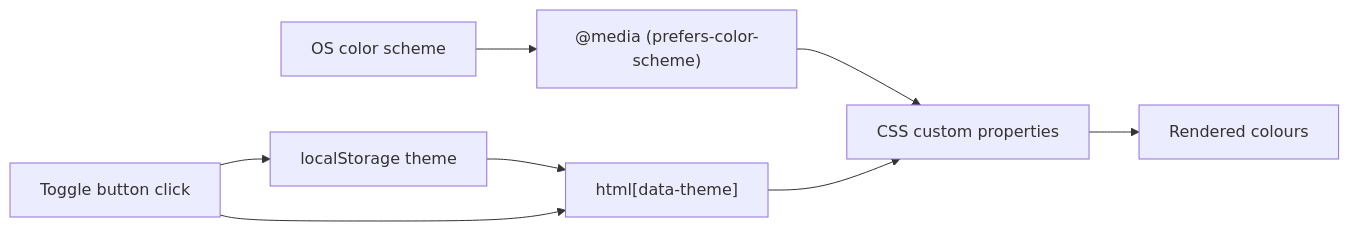
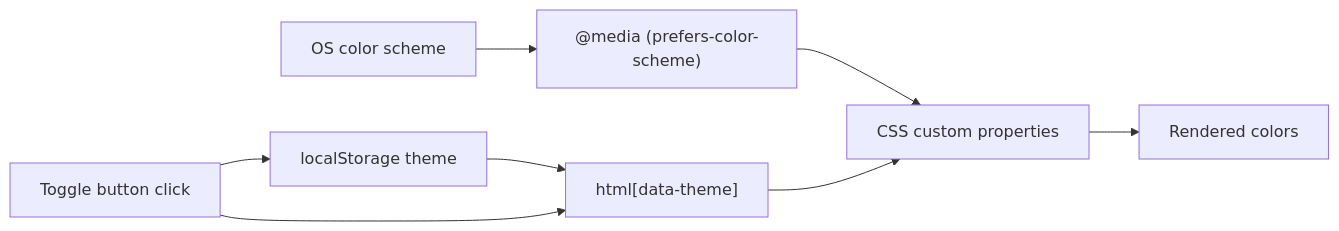
One commit to drinkbird/drinkbird.github.io changed the diagram in _courses/jekyll-engineering-blog-github-pages/06-capstone/04-accessibility-and-dark-mode.md. Above: the diagram before and after it, drawn with Mermaid. The commit also changed other lines of this file and 121 other files, not shown here.

````diff
--- a/_courses/jekyll-engineering-blog-github-pages/06-capstone/04-accessibility-and-dark-mode.md
+++ b/_courses/jekyll-engineering-blog-github-pages/06-capstone/04-accessibility-and-dark-mode.md
@@ -162,10 +162,10 @@
 ```mermaid
 flowchart LR
   system[OS color scheme] --> media["@media (prefers-color-scheme)"]
   media --> vars[CSS custom properties]
   saved[localStorage theme] --> attr["html[data-theme]"]
   attr --> vars
   toggle[Toggle button click] --> saved
   toggle --> attr
-  vars --> render[Rendered colours]
+  vars --> render[Rendered colors]
 ```
````
